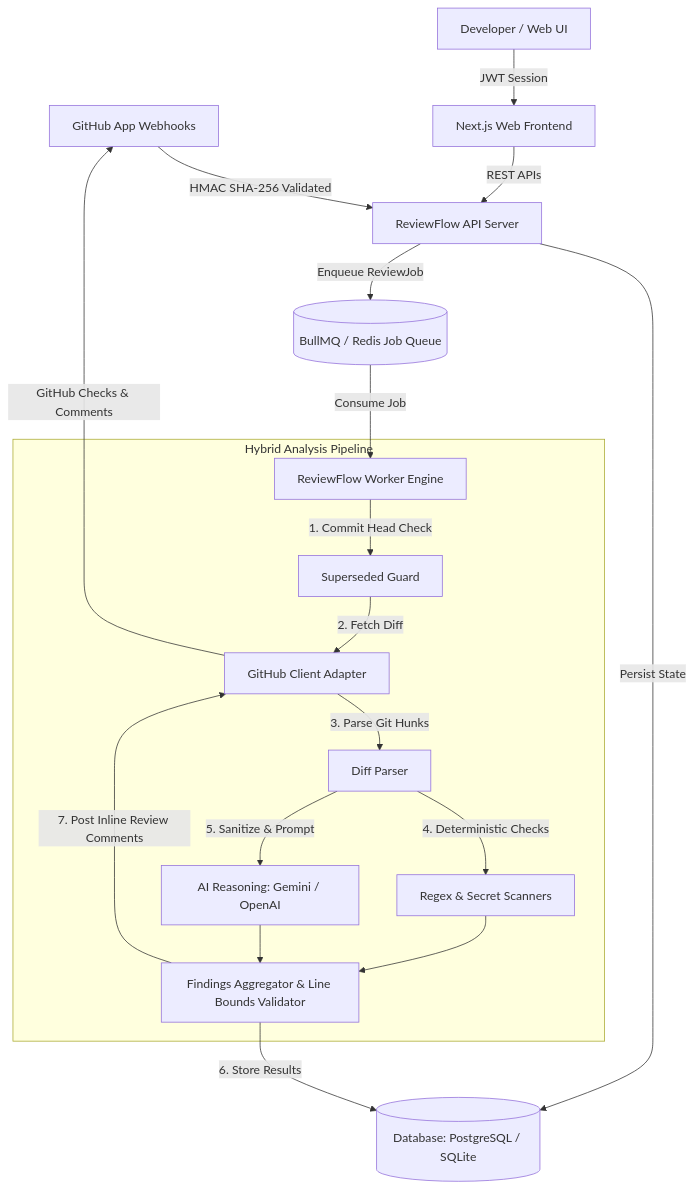
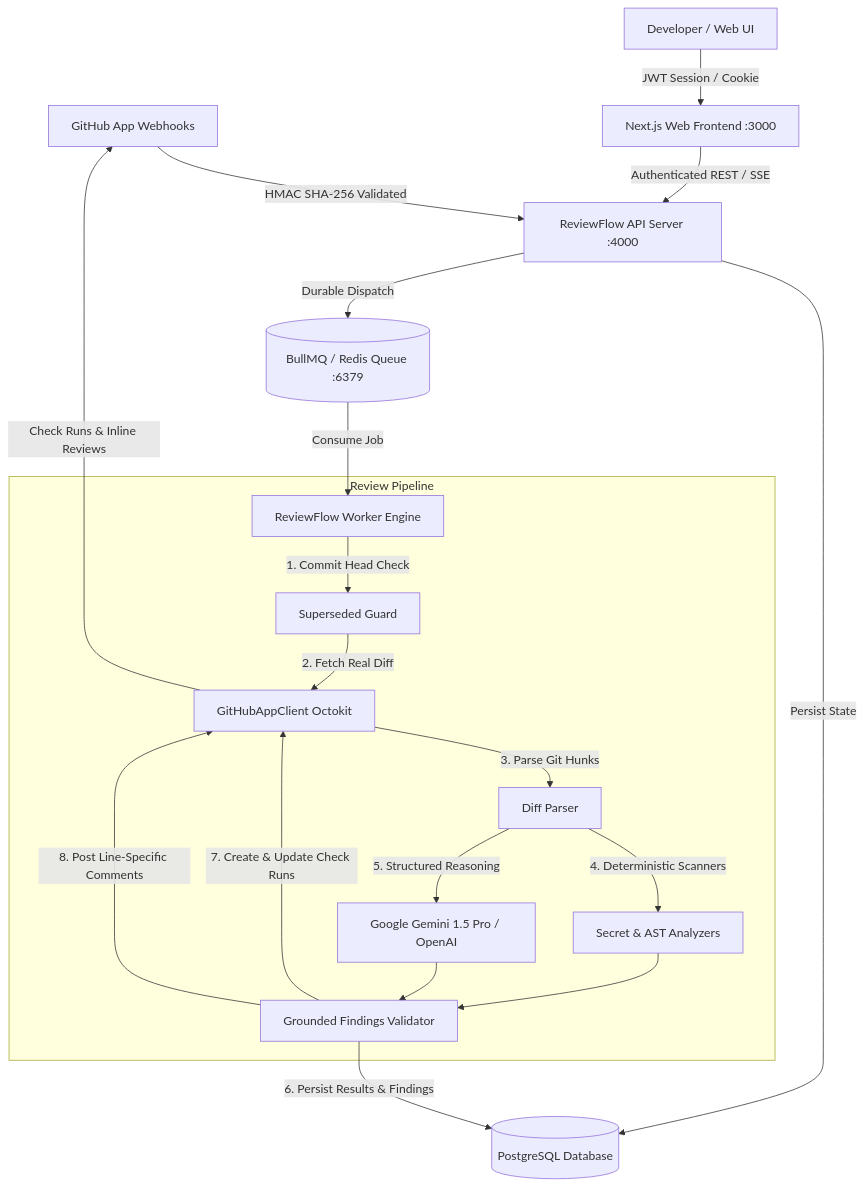
One commit to aggisanjay/Ai-Code-Review-Bot changed the diagram in README.md. Above: the diagram before and after it, drawn with Mermaid. The commit also changed other lines of this file and 40 other files, not shown here.

Commit message:
feat: add unit tests, analytics dashboard, API modules, and GitHub client integration

````diff
--- a/README.md
+++ b/README.md
@@ -23,25 +23,26 @@
 ```mermaid
 graph TD
-    GH[GitHub App Webhooks] -->|HMAC SHA-256 Validated| API[ReviewFlow API Server]
-    USER[Developer / Web UI] -->|JWT Session| WEB[Next.js Web Frontend]
-    WEB -->|REST APIs| API
+    GH[GitHub App Webhooks] -->|HMAC SHA-256 Validated| API[ReviewFlow API Server :4000]
+    USER[Developer / Web UI] -->|JWT Session / Cookie| WEB[Next.js Web Frontend :3000]
+    WEB -->|Authenticated REST / SSE| API
 
-    API -->|Persist State| DB[(Database: PostgreSQL / SQLite)]
-    API -->|Enqueue ReviewJob| Q[(BullMQ / Redis Job Queue)]
+    API -->|Persist State| DB[(PostgreSQL Database)]
+    API -->|Durable Dispatch| Q[(BullMQ / Redis Queue :6379)]
 
     Q -->|Consume Job| WORKER[ReviewFlow Worker Engine]
 
-    subgraph Engine [Hybrid Analysis Pipeline]
+    subgraph Pipeline [Review Pipeline]
         WORKER -->|1. Commit Head Check| CHK[Superseded Guard]
-        CHK -->|2. Fetch Diff| ADAPT[GitHub Client Adapter]
-        ADAPT -->|3. Parse Git Hunks| PARSE[Diff Parser]
-        PARSE -->|4. Deterministic Checks| DET[Regex & Secret Scanners]
-        PARSE -->|5. Sanitize & Prompt| AI[AI Reasoning: Gemini / OpenAI]
-        DET --> MERGE[Findings Aggregator & Line Bounds Validator]
+        CHK -->|2. Fetch Real Diff| GH_APP[GitHubAppClient Octokit]
+        GH_APP -->|3. Parse Git Hunks| PARSE[Diff Parser]
+        PARSE -->|4. Deterministic Scanners| DET[Secret & AST Analyzers]
+        PARSE -->|5. Structured Reasoning| AI[Google Gemini 1.5 Pro / OpenAI]
+        DET --> MERGE[Grounded Findings Validator]
         AI --> MERGE
     end
 
-    MERGE -->|6. Store Results| DB
-    MERGE -->|7. Post Inline Review Comments| ADAPT
-    ADAPT -->|GitHub Checks & Comments| GH
+    MERGE -->|6. Persist Results & Findings| DB
+    MERGE -->|7. Create & Update Check Runs| GH_APP
+    MERGE -->|8. Post Line-Specific Comments| GH_APP
+    GH_APP -->|Check Runs & Inline Reviews| GH
 ```
````
